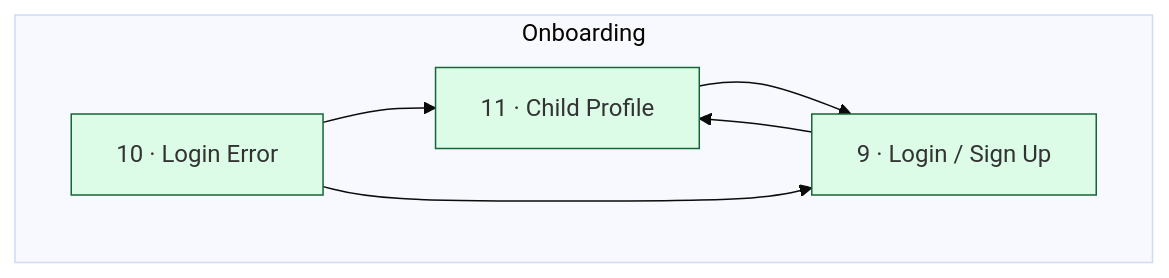
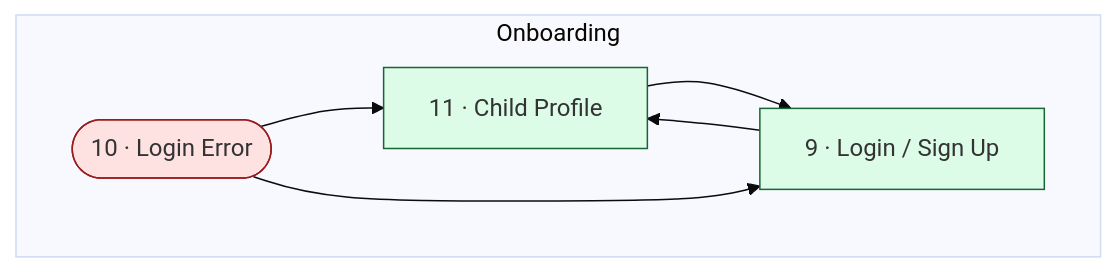
The diagram in tbot-design/docs/flows/domains/auth/flow.mmd (JSR-Algo/TJBOT-Mobile), drawn with Mermaid (base theme) before and after one commit. The commit also changed 31 other files, not shown here.

First line of the commit message:
flows(fixes): C1+C2+C6+R8 — kind-drop bug, edge classification, backend-leak linter, untracked policy

```diff
--- a/tbot-design/docs/flows/domains/auth/flow.mmd
+++ b/tbot-design/docs/flows/domains/auth/flow.mmd
@@ -1,19 +1,20 @@
-%% GENERATED FROM nav-graph-data.json sha=747476d6c24a. Do not edit by hand.
+%% GENERATED FROM nav-graph-data.json sha=9cfd302d222f. Do not edit by hand.
 %% domain: auth
 flowchart TD
   classDef happy fill:#dcfce7,stroke:#166534
   classDef edge  fill:#fee2e2,stroke:#991b1b
   subgraph Onboarding["Onboarding"]
     onb_child["11 · Child Profile"]
     onb_login["9 · Login / Sign Up"]
-    onb_login_error["10 · Login Error"]
+    onb_login_error(["10 · Login Error"])
   end
   onb_child --> onb_login
   onb_login --> onb_child
   onb_login_error --> onb_child
   onb_login_error --> onb_login
-  class onb_child,onb_login,onb_login_error happy
+  class onb_child,onb_login happy
+  class onb_login_error edge
 
 %% cross-domain outbound (handled in shared/cross-domain.flow.mmd):
 %%   onb_child -> onb_first_lesson (onboarding)
 %%   onb_login -> onb_mic (onboarding)
```
